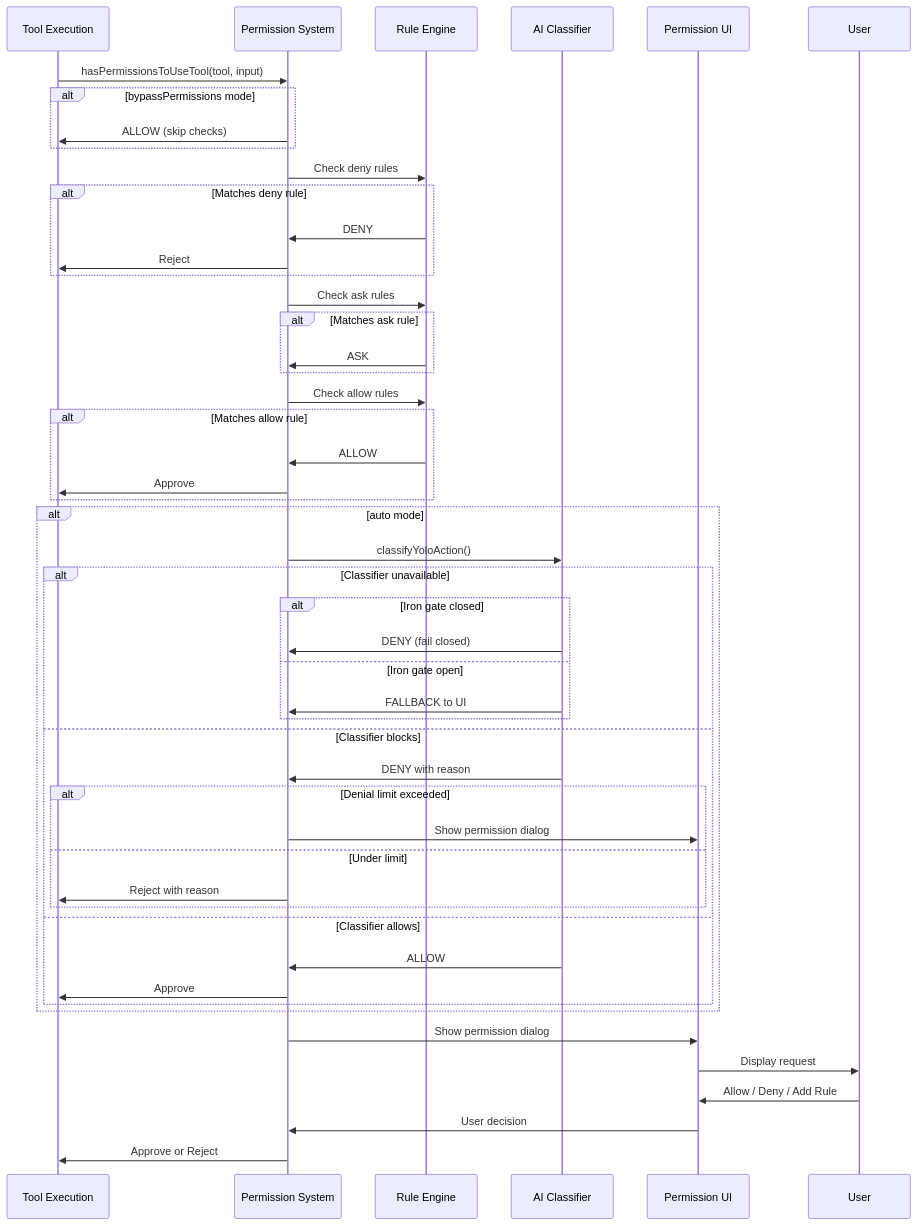
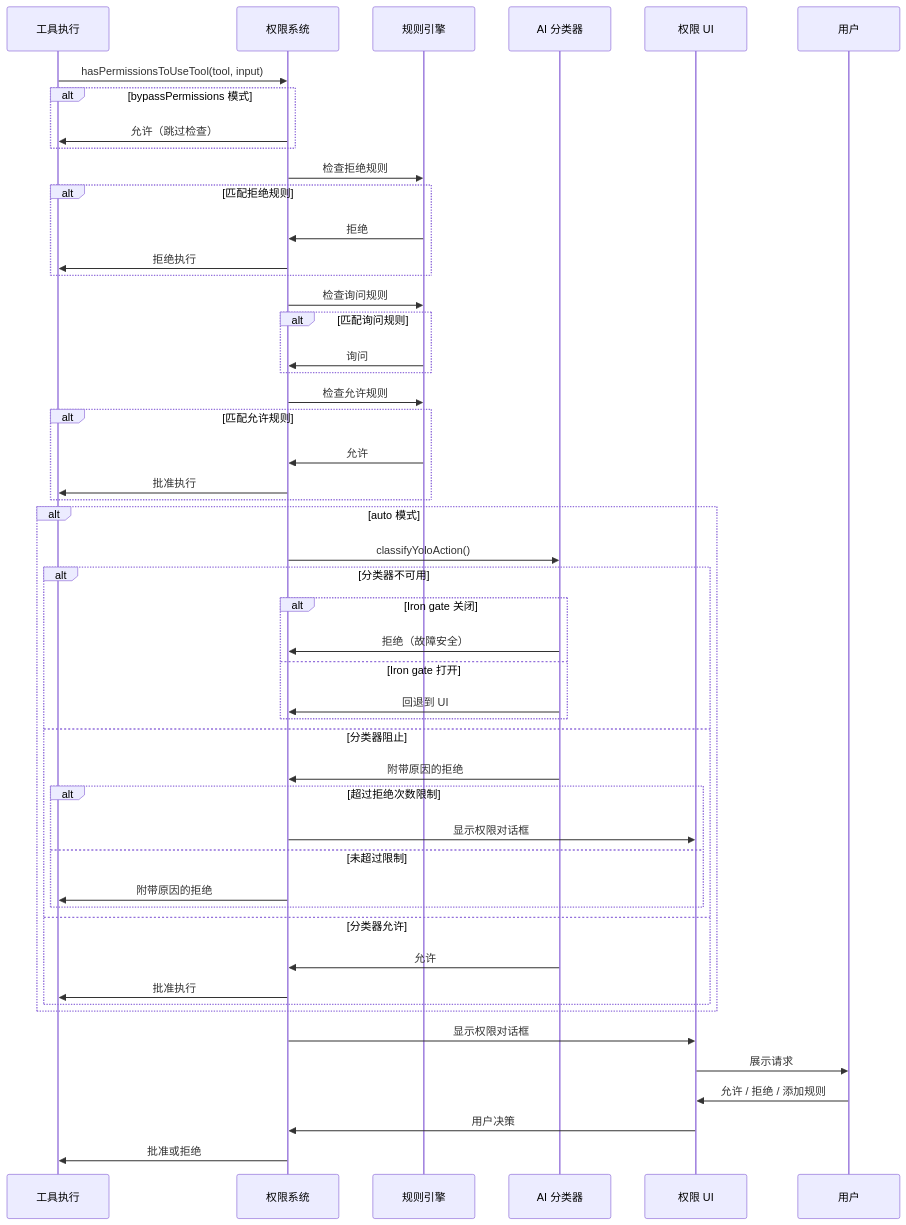
One commit to giraffe-tree/agent-base changed the third of 3 diagrams in docs/claude-code/10-claude-code-safety-control.md. Above: the diagram before and after it, drawn with Mermaid. The commit also changed other lines of this file, not shown here.

````diff
--- a/docs/claude-code/10-claude-code-safety-control.md
+++ b/docs/claude-code/10-claude-code-safety-control.md
@@ -268,59 +268,59 @@
 ```mermaid
 sequenceDiagram
-    participant Tool as Tool Execution
-    participant Perm as Permission System
-    participant Rules as Rule Engine
-    participant Classifier as AI Classifier
-    participant UI as Permission UI
-    participant User as User
+    participant Tool as 工具执行
+    participant Perm as 权限系统
+    participant Rules as 规则引擎
+    participant Classifier as AI 分类器
+    participant UI as 权限 UI
+    participant User as 用户
 
     Tool->>Perm: hasPermissionsToUseTool(tool, input)
 
-    alt bypassPermissions mode
-        Perm->>Tool: ALLOW (skip checks)
+    alt bypassPermissions 模式
+        Perm->>Tool: 允许（跳过检查）
     end
 
-    Perm->>Rules: Check deny rules
-    alt Matches deny rule
-        Rules->>Perm: DENY
-        Perm->>Tool: Reject
+    Perm->>Rules: 检查拒绝规则
+    alt 匹配拒绝规则
+        Rules->>Perm: 拒绝
+        Perm->>Tool: 拒绝执行
     end
 
-    Perm->>Rules: Check ask rules
-    alt Matches ask rule
-        Rules->>Perm: ASK
+    Perm->>Rules: 检查询问规则
+    alt 匹配询问规则
+        Rules->>Perm: 询问
     end
 
-    Perm->>Rules: Check allow rules
-    alt Matches allow rule
-        Rules->>Perm: ALLOW
-        Perm->>Tool: Approve
+    Perm->>Rules: 检查允许规则
+    alt 匹配允许规则
+        Rules->>Perm: 允许
+        Perm->>Tool: 批准执行
     end
 
-    alt auto mode
+    alt auto 模式
         Perm->>Classifier: classifyYoloAction()
-        alt Classifier unavailable
-            alt Iron gate closed
-                Classifier->>Perm: DENY (fail closed)
-            else Iron gate open
-                Classifier->>Perm: FALLBACK to UI
+        alt 分类器不可用
+            alt Iron gate 关闭
+                Classifier->>Perm: 拒绝（故障安全）
+            else Iron gate 打开
+                Classifier->>Perm: 回退到 UI
             end
-        else Classifier blocks
-            Classifier->>Perm: DENY with reason
-            alt Denial limit exceeded
-                Perm->>UI: Show permission dialog
-            else Under limit
-                Perm->>Tool: Reject with reason
+        else 分类器阻止
+            Classifier->>Perm: 附带原因的拒绝
+            alt 超过拒绝次数限制
+                Perm->>UI: 显示权限对话框
+            else 未超过限制
+                Perm->>Tool: 附带原因的拒绝
             end
-        else Classifier allows
-            Classifier->>Perm: ALLOW
-            Perm->>Tool: Approve
+        else 分类器允许
+            Classifier->>Perm: 允许
+            Perm->>Tool: 批准执行
         end
     end
 
-    Perm->>UI: Show permission dialog
-    UI->>User: Display request
-    User->>UI: Allow / Deny / Add Rule
-    UI->>Perm: User decision
-    Perm->>Tool: Approve or Reject
+    Perm->>UI: 显示权限对话框
+    UI->>User: 展示请求
+    User->>UI: 允许 / 拒绝 / 添加规则
+    UI->>Perm: 用户决策
+    Perm->>Tool: 批准或拒绝
 ```
````
